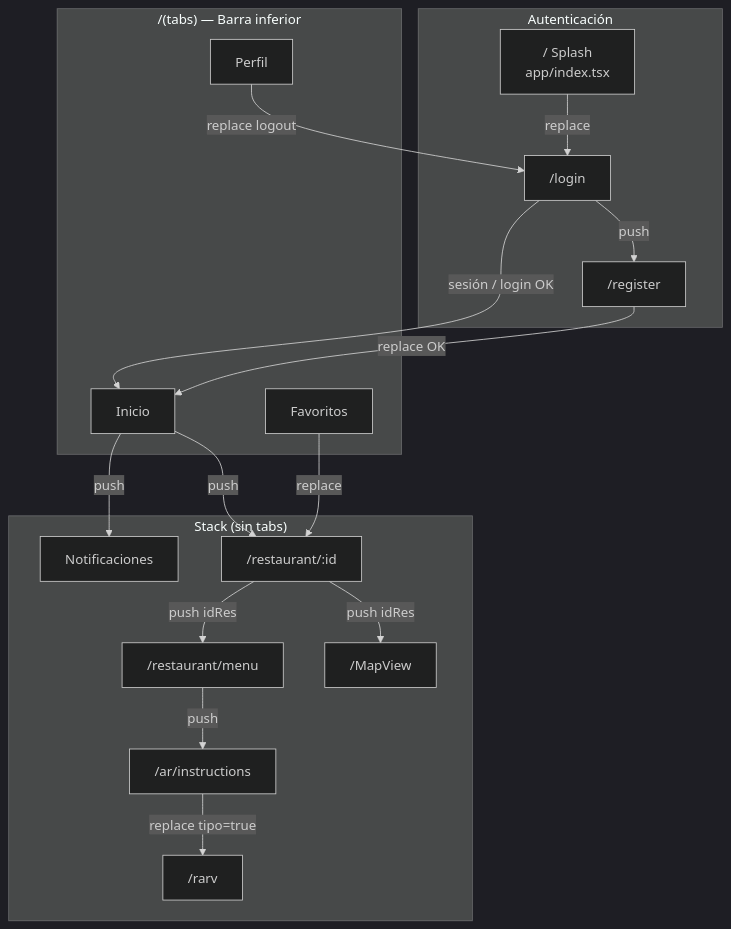
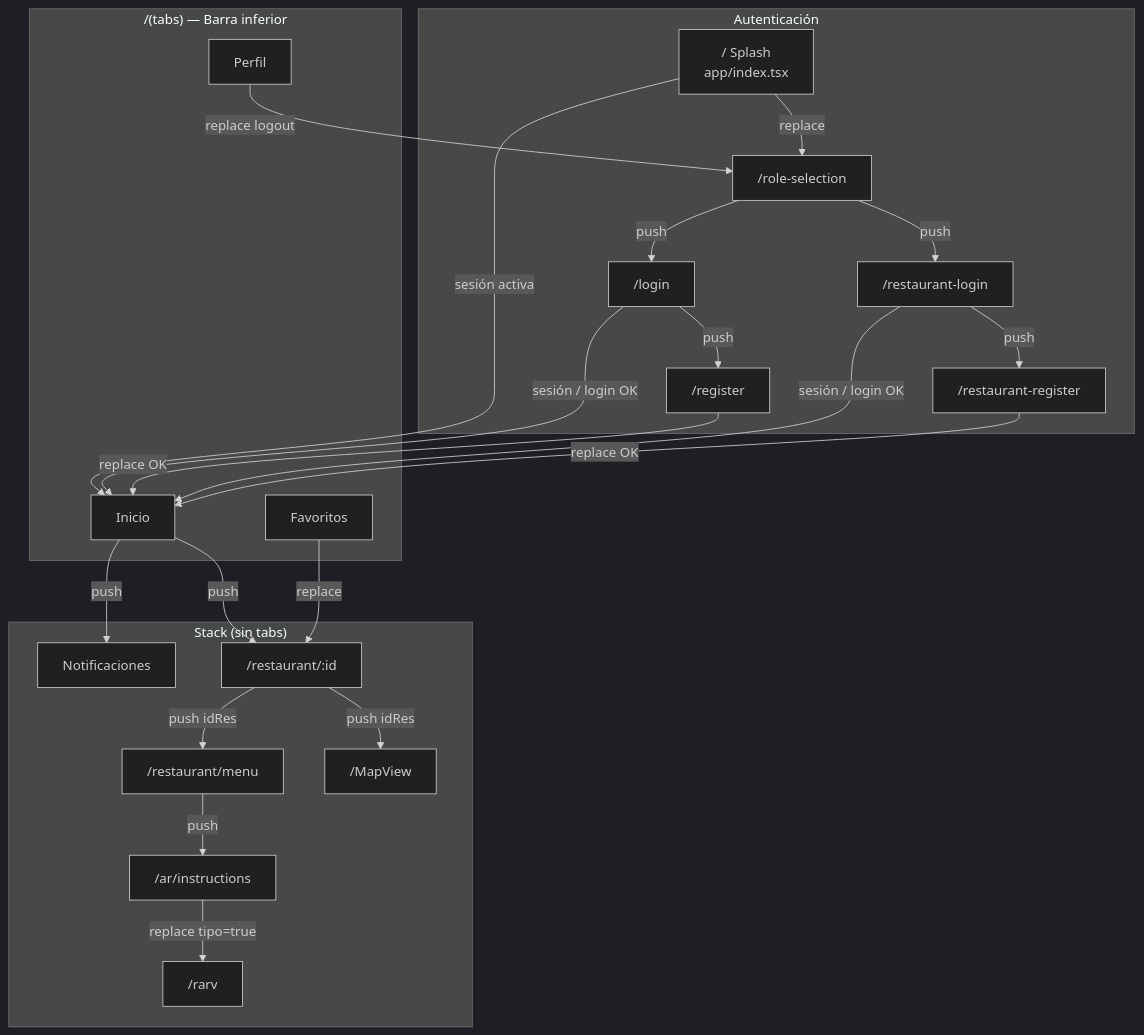
The first of 3 diagrams in docs/DIAGRAMA_PANTALLAS.md (JorgeO18/Aplicaci-n-Gastron-mica-), drawn with Mermaid (dark theme) before and after one commit. The commit also changed other lines of this file and 7 other files, not shown here.

````diff
--- a/docs/DIAGRAMA_PANTALLAS.md
+++ b/docs/DIAGRAMA_PANTALLAS.md
@@ -11,38 +11,47 @@
 ```mermaid
 flowchart TB
     subgraph auth["Autenticación"]
         SPLASH["/  Splash<br/>app/index.tsx"]
+        ROLE["/role-selection"]
         LOGIN["/login"]
         REGISTER["/register"]
+        RES_LOGIN["/restaurant-login"]
+        RES_REGISTER["/restaurant-register"]
     end
 
     subgraph tabs["/(tabs) — Barra inferior"]
         HOME["Inicio"]
         FAV["Favoritos"]
         PERFIL["Perfil"]
     end
 
     subgraph stack["Stack (sin tabs)"]
         NOTIF["Notificaciones"]
         DET["/restaurant/:id"]
         MENU["/restaurant/menu"]
         MAP["/MapView"]
         AR_INST["/ar/instructions"]
         RARV["/rarv"]
     end
 
-    SPLASH -->|replace| LOGIN
+    SPLASH -->|sesión activa| HOME
+    SPLASH -->|replace| ROLE
+    ROLE -->|push| LOGIN
+    ROLE -->|push| RES_LOGIN
     LOGIN -->|sesión / login OK| HOME
     LOGIN -->|push| REGISTER
     REGISTER -->|replace OK| HOME
-    PERFIL -->|replace logout| LOGIN
+    RES_LOGIN -->|sesión / login OK| HOME
+    RES_LOGIN -->|push| RES_REGISTER
+    RES_REGISTER -->|replace OK| HOME
+    PERFIL -->|replace logout| ROLE
 
     HOME -->|push| NOTIF
     HOME -->|push| DET
     FAV -->|replace| DET
 
     DET -->|push idRes| MENU
     DET -->|push idRes| MAP
     MENU -->|push| AR_INST
     AR_INST -->|replace tipo=true| RARV
 ```
````
